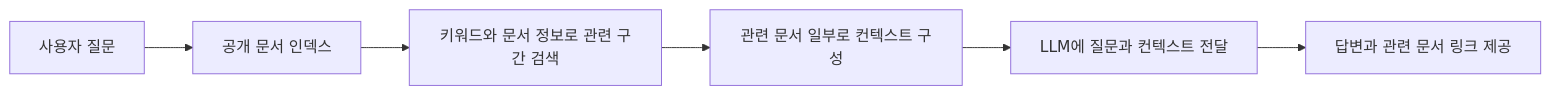
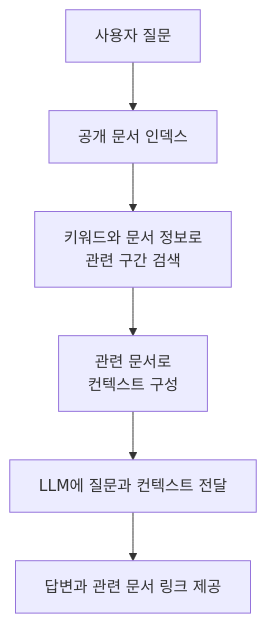
Before and after one commit to KimHG1995/work-history: the diagram in site/pages/about.md, drawn with Mermaid. The commit also changed 18 other files, not shown here.

Commit message:
docs: 공개 Mermaid 다이어그램 가독성 전수 개선

````diff
--- a/site/pages/about.md
+++ b/site/pages/about.md
@@ -15,8 +15,8 @@
 ```mermaid
-flowchart LR
+flowchart TB
     question["사용자 질문"] --> index["공개 문서 인덱스"]
-    index --> search["키워드와 문서 정보로 관련 구간 검색"]
-    search --> context["관련 문서 일부로 컨텍스트 구성"]
+    index --> search["키워드와 문서 정보로<br/>관련 구간 검색"]
+    search --> context["관련 문서로<br/>컨텍스트 구성"]
     context --> llm["LLM에 질문과 컨텍스트 전달"]
     llm --> answer["답변과 관련 문서 링크 제공"]
 ```
````
